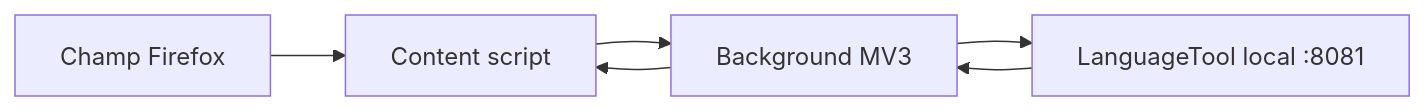
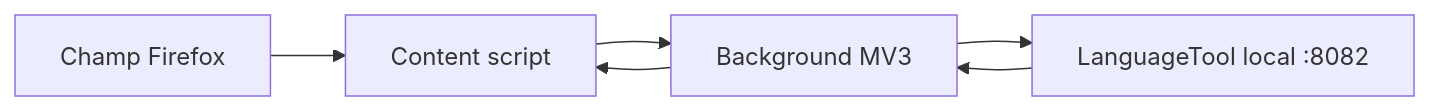
The diagram in firefox-addon/docs/ARCHITECTURE.md (Othman-Benbrahim/Eloquent), drawn with Mermaid before and after one commit. The commit also changed other lines of this file and 13 other files, not shown here.

````diff
--- a/firefox-addon/docs/ARCHITECTURE.md
+++ b/firefox-addon/docs/ARCHITECTURE.md
@@ -7,8 +7,8 @@
 ```mermaid
 flowchart LR
     A["Champ Firefox"] --> B["Content script"]
     B --> C["Background MV3"]
-    C --> D["LanguageTool local :8081"]
+    C --> D["LanguageTool local :8082"]
     D --> C
     C --> B
 ```
````
